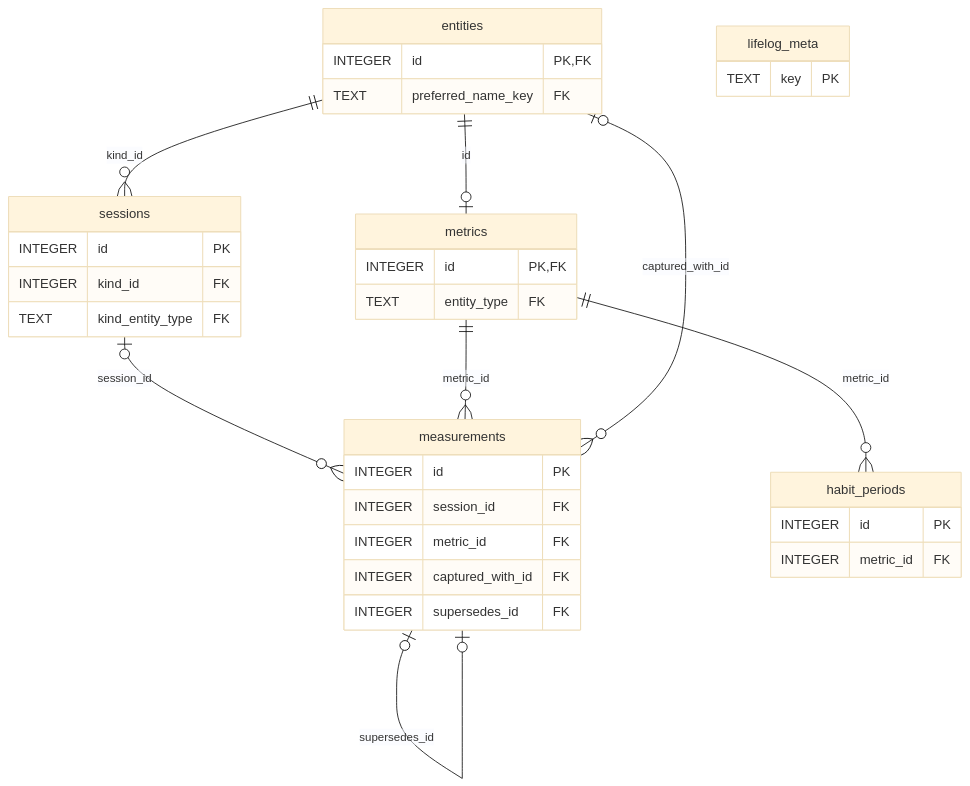
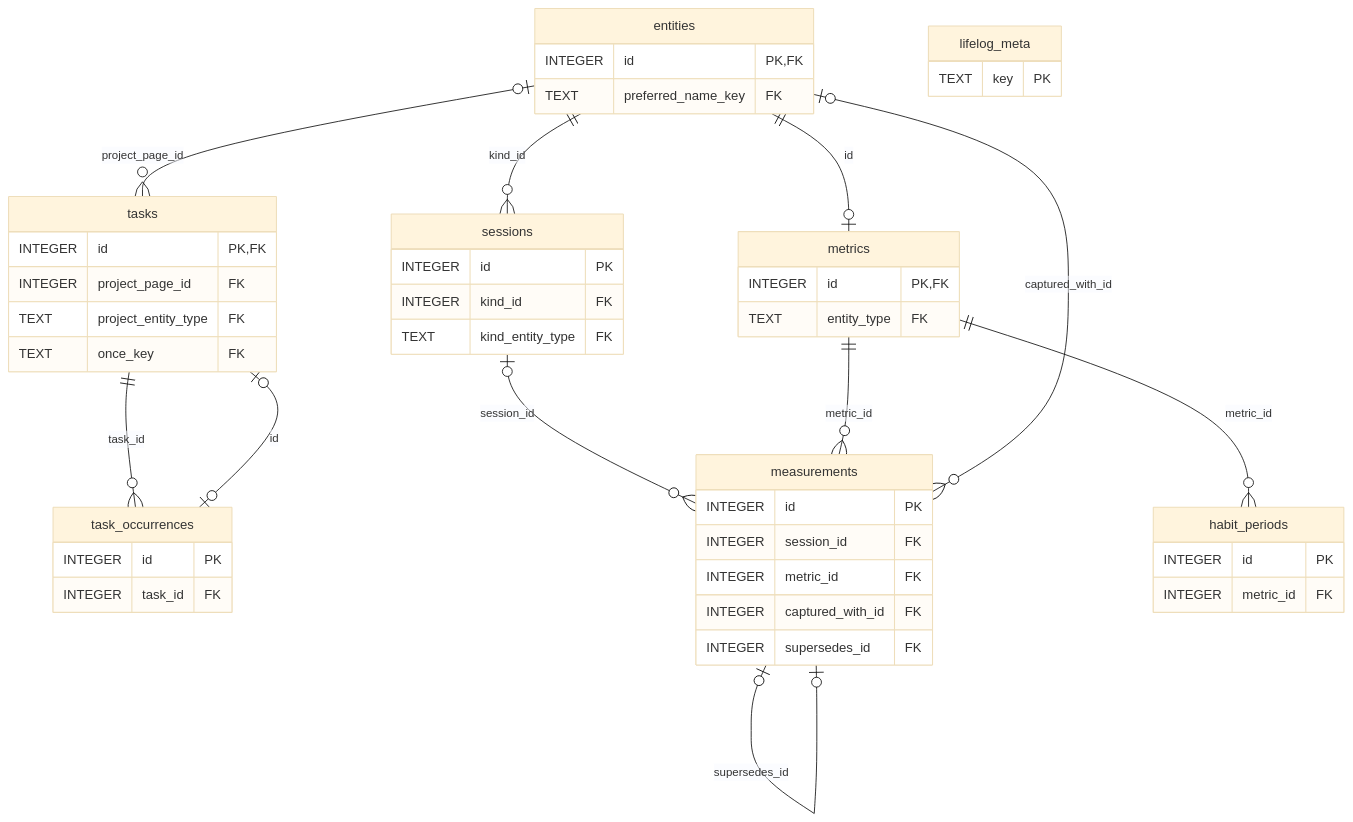
One commit to alexradunet/lifelogdb changed the second of 2 diagrams in docs/architecture/entity-model.md. Above: the diagram before and after it, drawn with Mermaid (base theme). The commit also changed other lines of this file and 53 other files, not shown here.

````diff
--- a/docs/architecture/entity-model.md
+++ b/docs/architecture/entity-model.md
@@ -73,39 +75,52 @@
 ```mermaid
 %% diagram: er-facts
 erDiagram
     entities    ||--o| metrics : "id"
     entities ||--o{ sessions : "kind_id"
+    entities |o--o{ tasks : "project_page_id"
+    tasks ||--o{ task_occurrences : "task_id"
+    task_occurrences |o--o| tasks : "id"
     sessions |o--o{ measurements : "session_id"
     metrics     ||--o{ measurements : "metric_id"
     entities    |o--o{ measurements : "captured_with_id"
     measurements |o--o| measurements : "supersedes_id"
     metrics     ||--o{ habit_periods : "metric_id"
 
     metrics {
         INTEGER id PK, FK
         TEXT entity_type FK
+    }
+    tasks {
+        INTEGER id PK, FK
+        INTEGER project_page_id FK
+        TEXT project_entity_type FK
+        TEXT once_key FK
+    }
+    task_occurrences {
+        INTEGER id PK
+        INTEGER task_id FK
     }
     sessions {
         INTEGER id PK
         INTEGER kind_id FK
         TEXT kind_entity_type FK
     }
     measurements {
         INTEGER id PK
         INTEGER session_id FK
         INTEGER metric_id FK
         INTEGER captured_with_id FK
         INTEGER supersedes_id FK
     }
     entities {
         INTEGER id PK, FK
         TEXT preferred_name_key FK
     }
     habit_periods {
         INTEGER id PK
         INTEGER metric_id FK
     }
     lifelog_meta {
         TEXT key PK
     }
 ```
````
